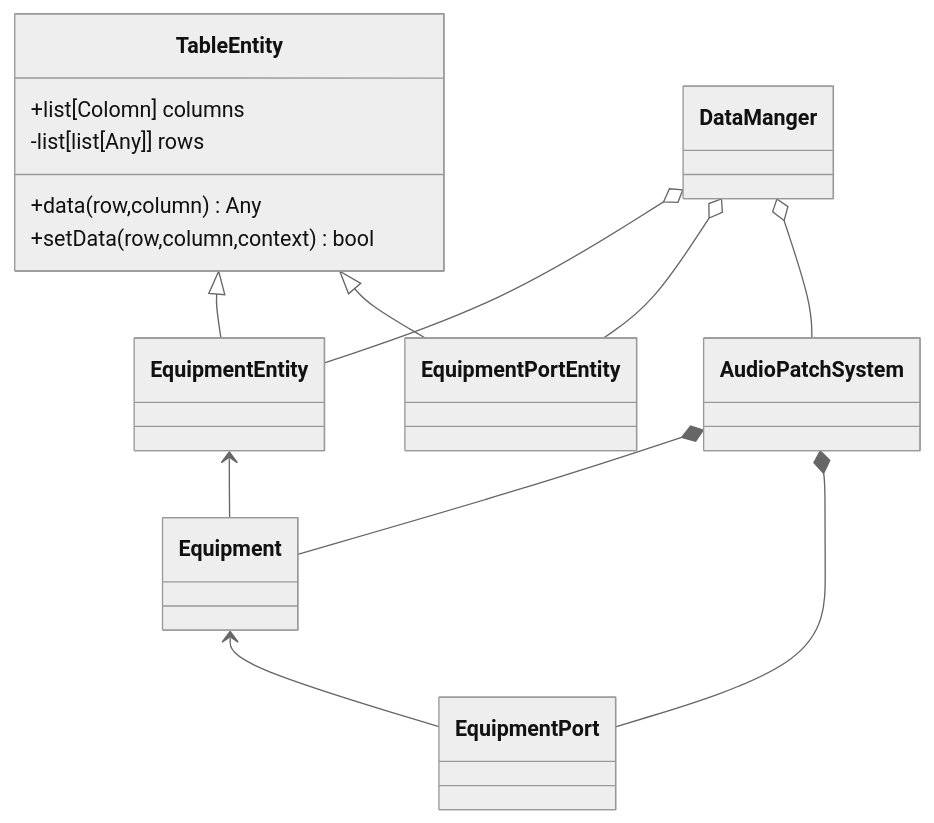
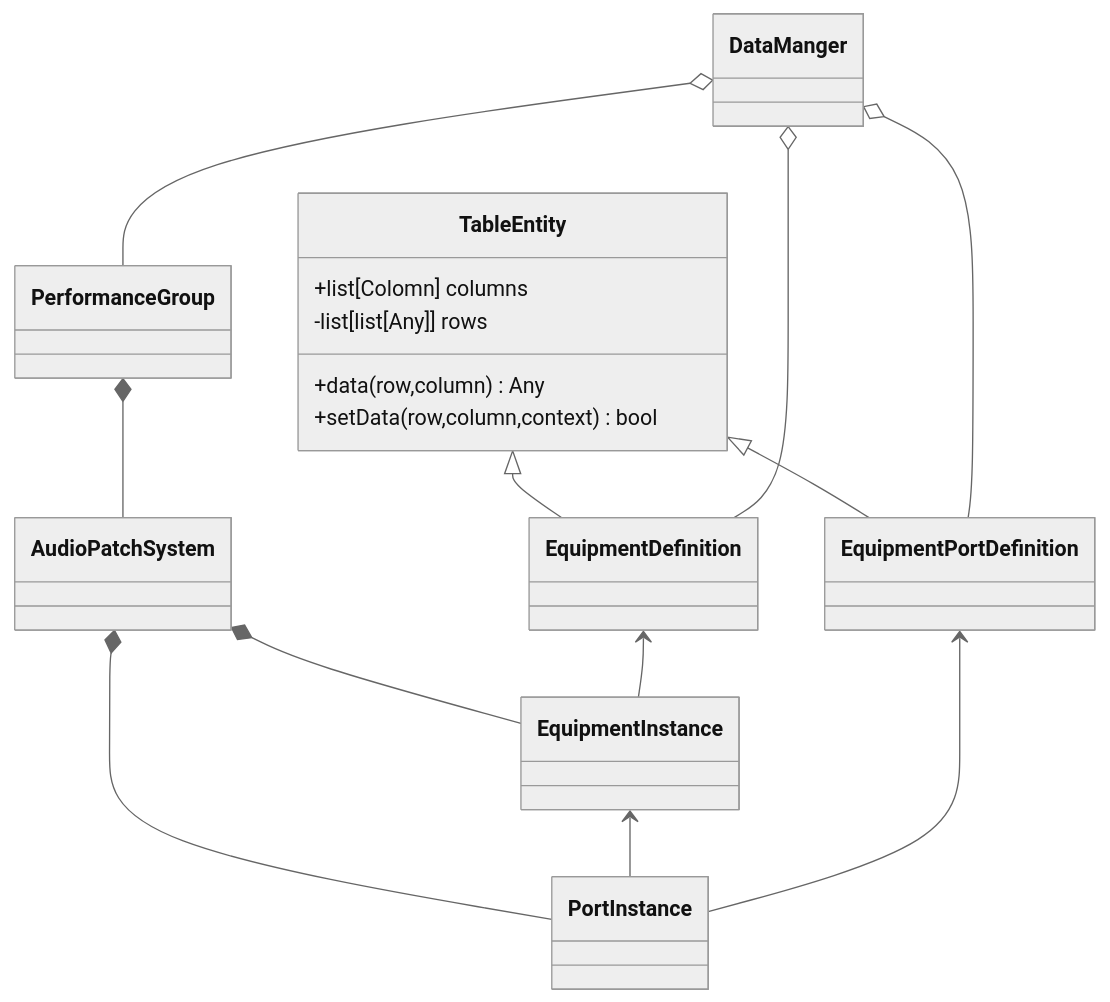
Before and after one commit to Anzu324/Live-Line-Builder: the second of 2 diagrams in docs/design-strategy/dependency-entity.md, drawn with Mermaid (neutral theme). The commit also changed other lines of this file and 1 other file, not shown here.

Commit message:
Repair figures.

````diff
--- a/docs/design-strategy/dependency-entity.md
+++ b/docs/design-strategy/dependency-entity.md
@@ -51,20 +49,23 @@
 ```mermaid
 classDiagram
 class TableEntity{
     +list[Colomn] columns
     -list[list[Any]] rows
     +data(row,column) Any
     +setData(row,column,context) bool
 }
 
-TableEntity <|-- EquipmentEntity
-TableEntity <|-- EquipmentPortEntity
+TableEntity <|-- EquipmentDefinition
+TableEntity <|-- EquipmentPortDefinition
 
-DataManger o-- EquipmentEntity
-DataManger o-- EquipmentPortEntity
-DataManger o-- AudioPatchSystem
-AudioPatchSystem *-- Equipment
-AudioPatchSystem *-- EquipmentPort
-EquipmentEntity <-- Equipment
-Equipment <--EquipmentPort
+DataManger o-- EquipmentDefinition
+DataManger o-- EquipmentPortDefinition
+DataManger o-- PerformanceGroup
+PerformanceGroup *--AudioPatchSystem
+
+AudioPatchSystem *-- EquipmentInstance
+AudioPatchSystem *-- PortInstance
+EquipmentDefinition <-- EquipmentInstance
+EquipmentInstance <--PortInstance
+EquipmentPortDefinition <--PortInstance
 ```
````
